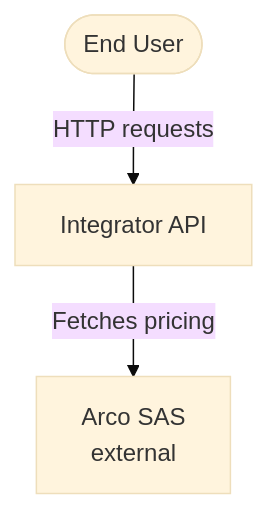
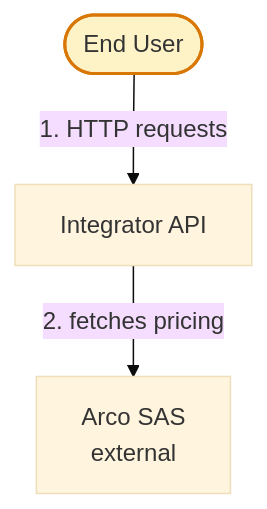
The third of 5 diagrams in configs/ai-docs/claude/skills/mermaid-diagrams/SKILL.md (brunogsa/unix-utils), drawn with Mermaid (base theme) before and after one commit. The commit also changed other lines of this file and 8 other files, not shown here.

```diff
--- a/configs/ai-docs/claude/skills/mermaid-diagrams/SKILL.md
+++ b/configs/ai-docs/claude/skills/mermaid-diagrams/SKILL.md
@@ -41,9 +121,11 @@
 ~~~mermaid
 flowchart TD
-  user(["End User"])
+  user(["End User"]):::start
   api["Integrator API"]
-  arco["Arco SAS\nexternal"]
+  arco["Arco SAS<br/>external"]
 
-  user -->|HTTP requests| api
-  api -->|Fetches pricing| arco
+  user -->|"1. HTTP requests"| api
+  api -->|"2. fetches pricing"| arco
+
+  classDef start fill:#fef3c7,stroke:#d97706,stroke-width:2px
 ~~~
```
